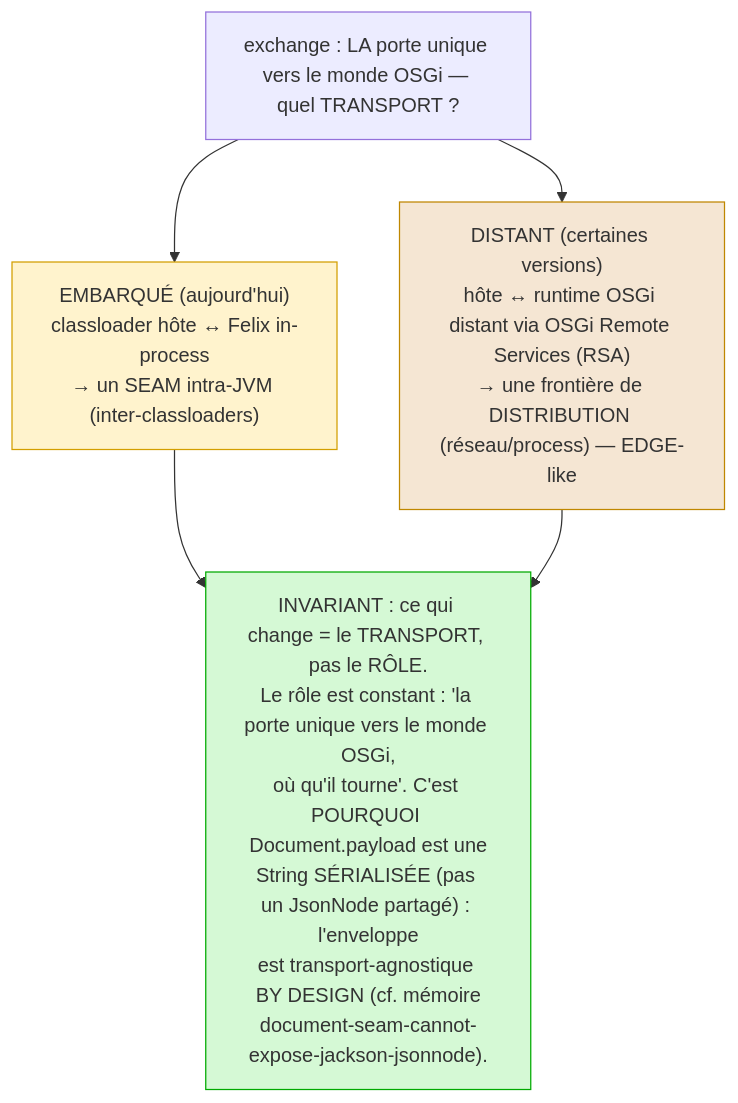
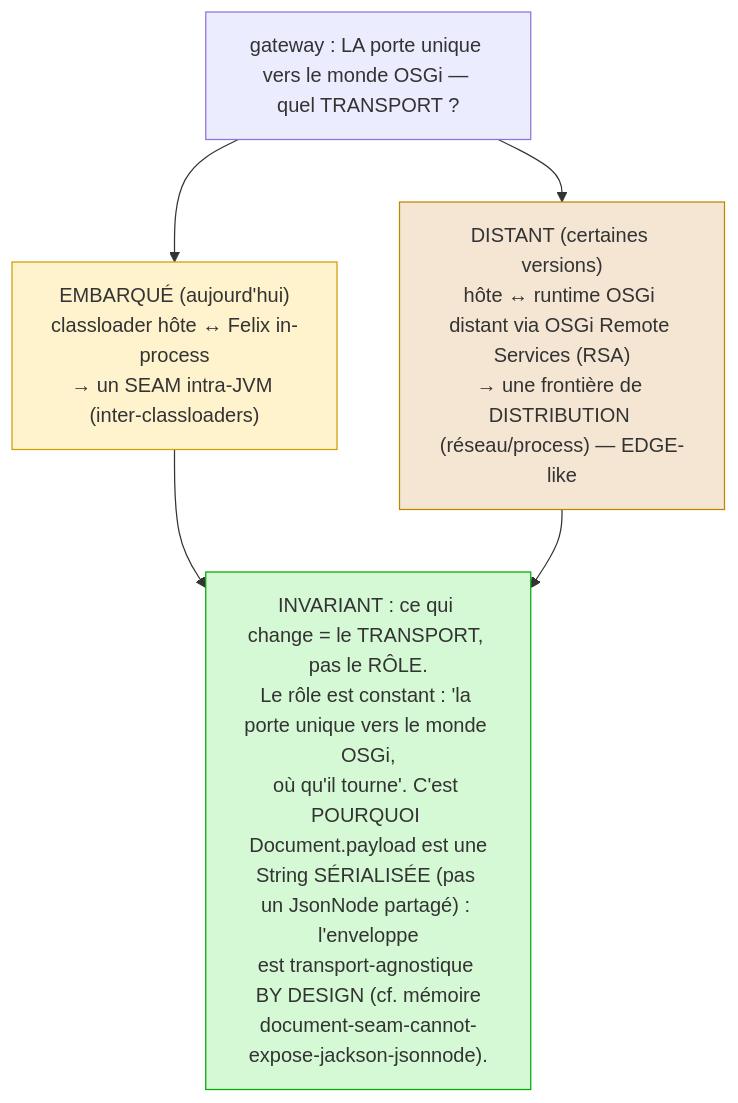
One commit to nxmatic/rke2lab changed the eighth of 10 diagrams in docs/architecture/osgi/osgi-aggregator-layout-spec.adoc. Above: the diagram before and after it, drawn with Mermaid. The commit also changed other lines of this file and 66 other files, not shown here.

First line of the commit message:
refactor(world-gateway): rename "exchange" → "gateway" across the worktree

```diff
--- a/docs/architecture/osgi/osgi-aggregator-layout-spec.adoc
+++ b/docs/architecture/osgi/osgi-aggregator-layout-spec.adoc
@@ -387,12 +387,12 @@
 [mermaid]
 ....
 flowchart TB
-  q["exchange : LA porte unique vers le monde OSGi — quel TRANSPORT ?"]
+  q["gateway : LA porte unique vers le monde OSGi — quel TRANSPORT ?"]
   q --> emb["EMBARQUÉ (aujourd'hui)\nclassloader hôte ↔ Felix in-process\n→ un SEAM intra-JVM (inter-classloaders)"]:::seam
   q --> rem["DISTANT (certaines versions)\nhôte ↔ runtime OSGi distant via OSGi Remote Services (RSA)\n→ une frontière de DISTRIBUTION (réseau/process) — EDGE-like"]:::edge
   emb --> inv["INVARIANT : ce qui change = le TRANSPORT, pas le RÔLE.\nLe rôle est constant : 'la porte unique vers le monde OSGi,\noù qu'il tourne'. C'est POURQUOI Document.payload est une\nString SÉRIALISÉE (pas un JsonNode partagé) : l'enveloppe\nest transport-agnostique BY DESIGN (cf. mémoire\ndocument-seam-cannot-expose-jackson-jsonnode)."]:::good
   rem --> inv
   classDef edge fill:#f5e6d3,stroke:#bf8700;
   classDef seam fill:#fff3cd,stroke:#d39e00;
   classDef good fill:#d5f9d5,stroke:#00aa00;
 ....
```
